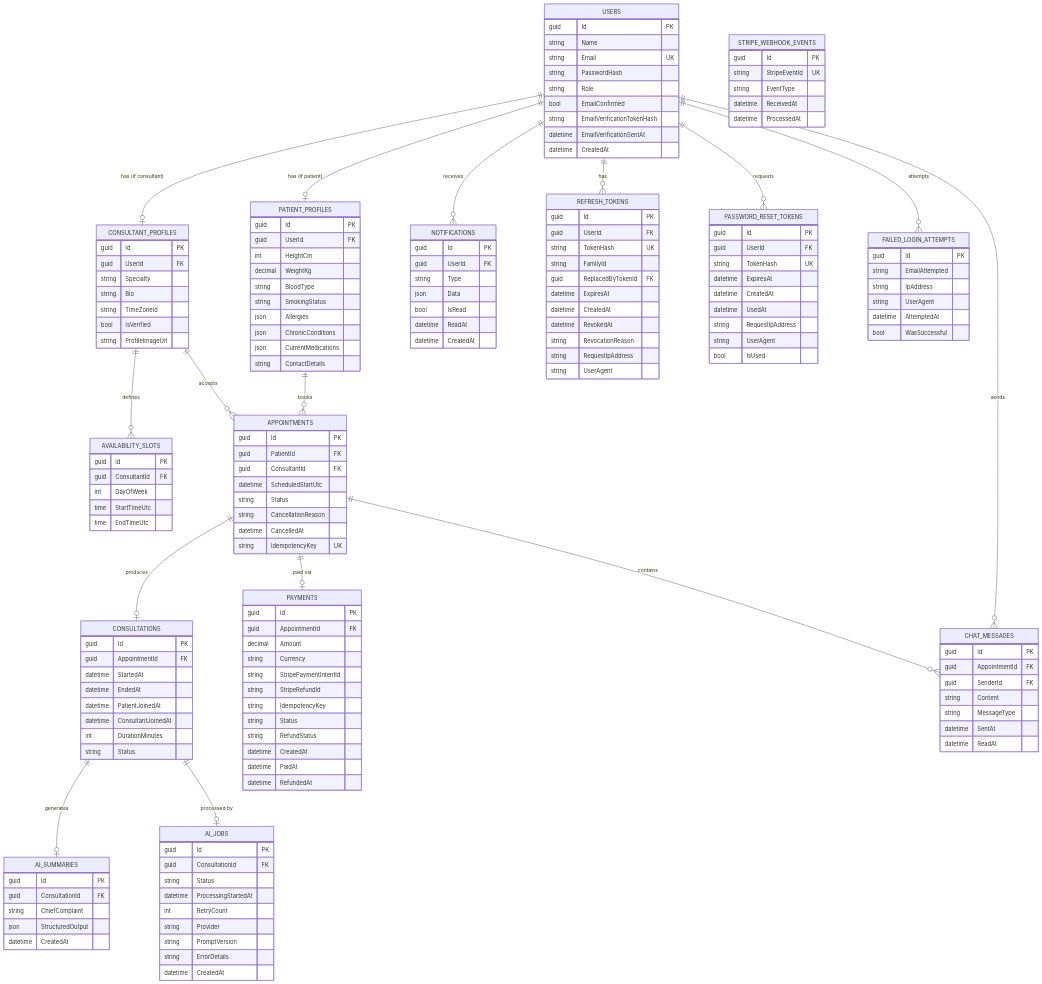
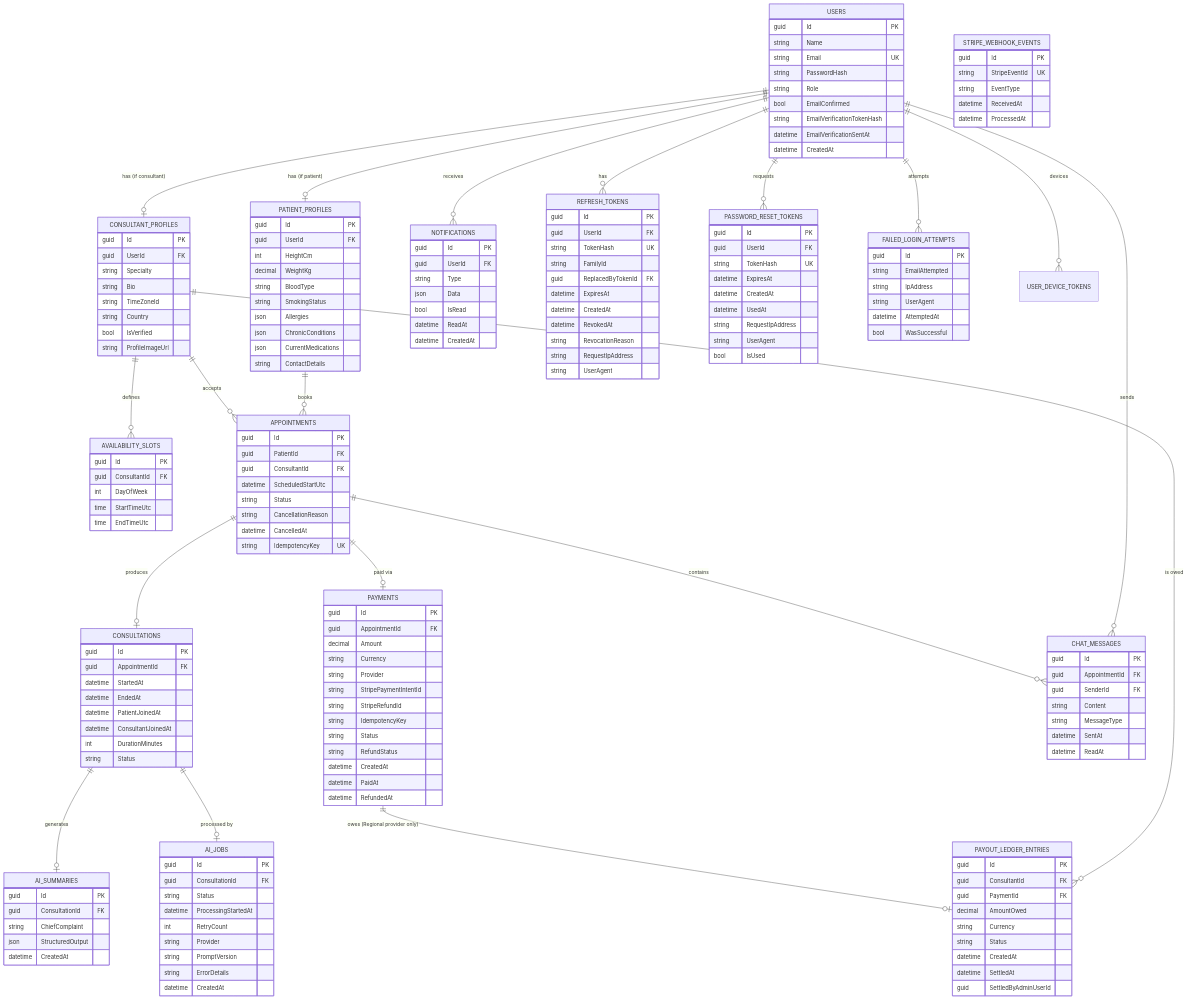
Before and after one commit to Marwansalem122/-Full-Stack-Telehealth-App-Flutter-BLoC-Dotnet-core10-Masterclass-Clean-Architecture-WebRTC-Stripe: the diagram in ERD/ERD_complete.md, drawn with Mermaid. The commit also changed other lines of this file and 93 other files, not shown here.

```diff
--- a/ERD/ERD_complete.md
+++ b/ERD/ERD_complete.md
@@ -14,6 +14,8 @@
 
     %% Supporting entities
     APPOINTMENTS ||--o| PAYMENTS : "paid via"
+    PAYMENTS ||--o| PAYOUT_LEDGER_ENTRIES : "owes (Regional provider only)"
+    CONSULTANT_PROFILES ||--o{ PAYOUT_LEDGER_ENTRIES : "is owed"
     APPOINTMENTS ||--o{ CHAT_MESSAGES : contains
     USERS ||--o{ CHAT_MESSAGES : sends
     CONSULTATIONS ||--o| AI_SUMMARIES : generates
@@ -22,6 +24,7 @@
     USERS ||--o{ REFRESH_TOKENS : has
     USERS ||--o{ PASSWORD_RESET_TOKENS : "requests"
     USERS ||--o{ FAILED_LOGIN_ATTEMPTS : "attempts"
+    USERS ||--o{ USER_DEVICE_TOKENS : "devices"
 
     USERS {
         guid Id PK
@@ -41,6 +44,7 @@
         string Specialty
         string Bio
         string TimeZoneId
+        string Country
         bool IsVerified
         string ProfileImageUrl
     }
@@ -93,6 +97,7 @@
         guid AppointmentId FK
         decimal Amount
         string Currency
+        string Provider
         string StripePaymentIntentId
         string StripeRefundId
         string IdempotencyKey
@@ -101,6 +106,18 @@
         datetime CreatedAt
         datetime PaidAt
         datetime RefundedAt
+    }
+
+    PAYOUT_LEDGER_ENTRIES {
+        guid Id PK
+        guid ConsultantId FK
+        guid PaymentId FK
+        decimal AmountOwed
+        string Currency
+        string Status
+        datetime CreatedAt
+        datetime SettledAt
+        guid SettledByAdminUserId
     }
 
     CHAT_MESSAGES {
```
